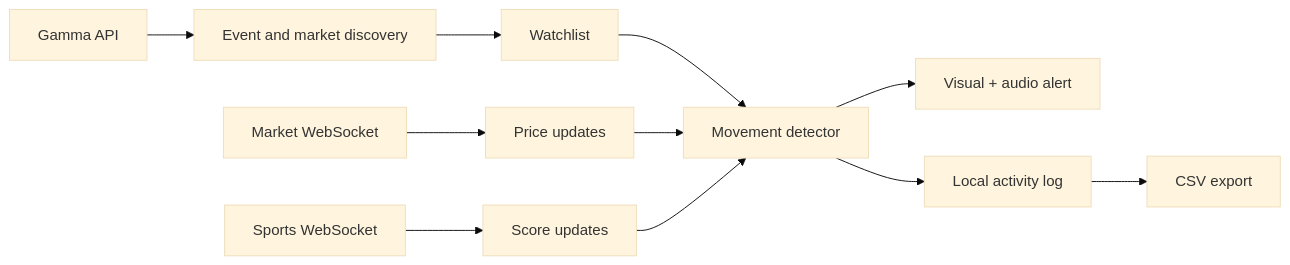
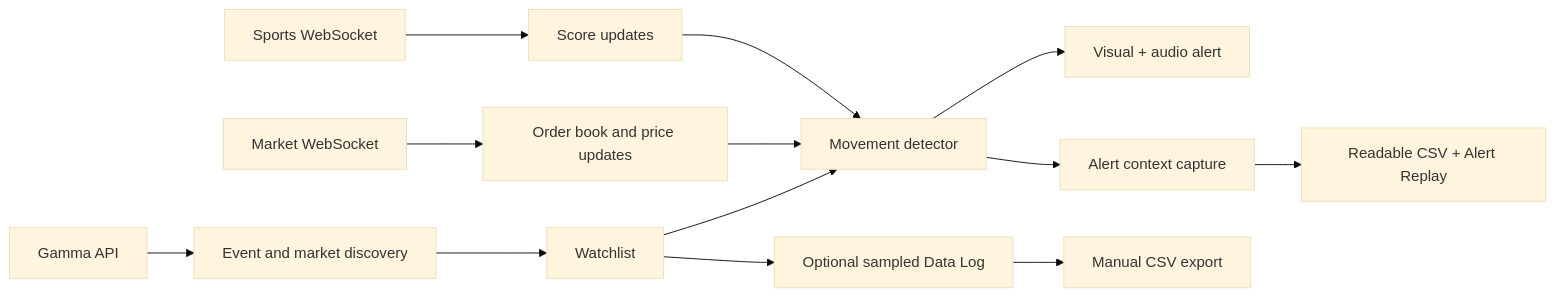
The diagram in README.md (WandsgYu/polymarket-odds-visualizer), drawn with Mermaid (base theme) before and after one commit. The commit also changed other lines of this file and 4 other files, not shown here.

````diff
--- a/README.md
+++ b/README.md
@@ -40,13 +43,15 @@
 ```mermaid
 flowchart LR
     A["Gamma API"] --> B["Event and market discovery"]
     B --> C["Watchlist"]
-    D["Market WebSocket"] --> E["Price updates"]
+    D["Market WebSocket"] --> E["Order book and price updates"]
     F["Sports WebSocket"] --> G["Score updates"]
     C --> H["Movement detector"]
     E --> H
     G --> H
     H --> I["Visual + audio alert"]
-    H --> J["Local activity log"]
-    J --> K["CSV export"]
+    H --> J["Alert context capture"]
+    J --> K["Readable CSV + Alert Replay"]
+    C --> L["Optional sampled Data Log"]
+    L --> M["Manual CSV export"]
 ```
````
